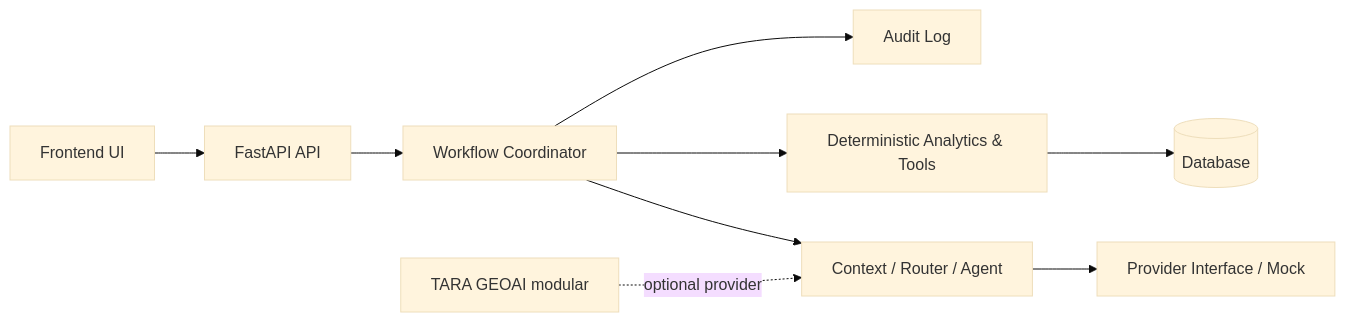
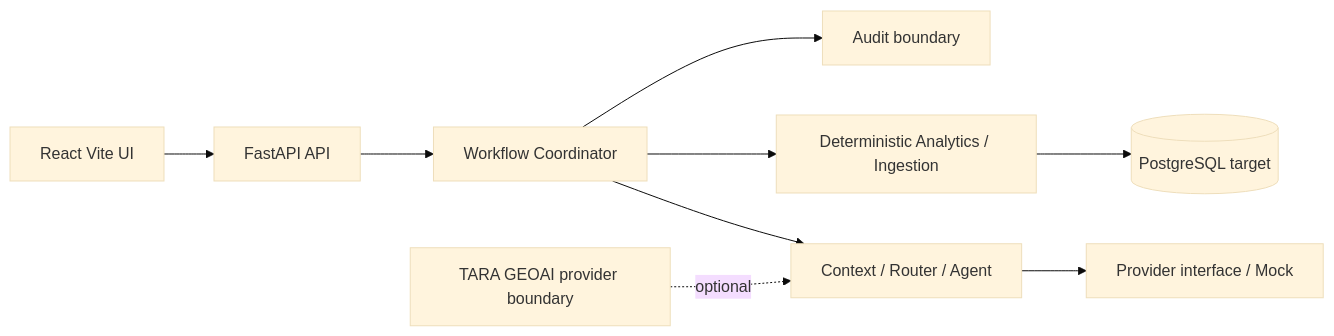
The diagram in docs/architecture.md (Neotsaqif/Tara-Agent), drawn with Mermaid (base theme) before and after one commit. The commit also changed other lines of this file and 23 other files, not shown here.

````diff
--- a/docs/architecture.md
+++ b/docs/architecture.md
@@ -6,11 +6,11 @@
 ```mermaid
 flowchart LR
- UI[Frontend UI] --> API[FastAPI API]
+ UI[React Vite UI] --> API[FastAPI API]
  API --> WF[Workflow Coordinator]
  WF --> CORE[Context / Router / Agent]
- WF --> TOOLS[Deterministic Analytics & Tools]
- TOOLS --> DB[(Database)]
- CORE --> LLM[Provider Interface / Mock]
- WF --> AUDIT[Audit Log]
- GEO[TARA GEOAI modular] -. optional provider .-> CORE
+ WF --> TOOLS[Deterministic Analytics / Ingestion]
+ TOOLS --> DB[(PostgreSQL target)]
+ CORE --> LLM[Provider interface / Mock]
+ WF --> AUDIT[Audit boundary]
+ GEO[TARA GEOAI provider boundary] -. optional .-> CORE
 ```
````
